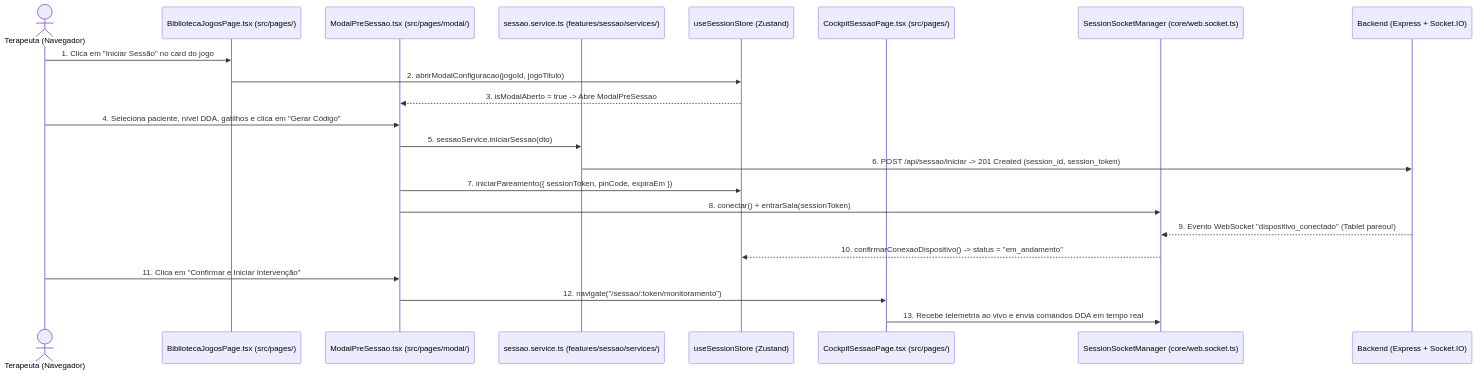
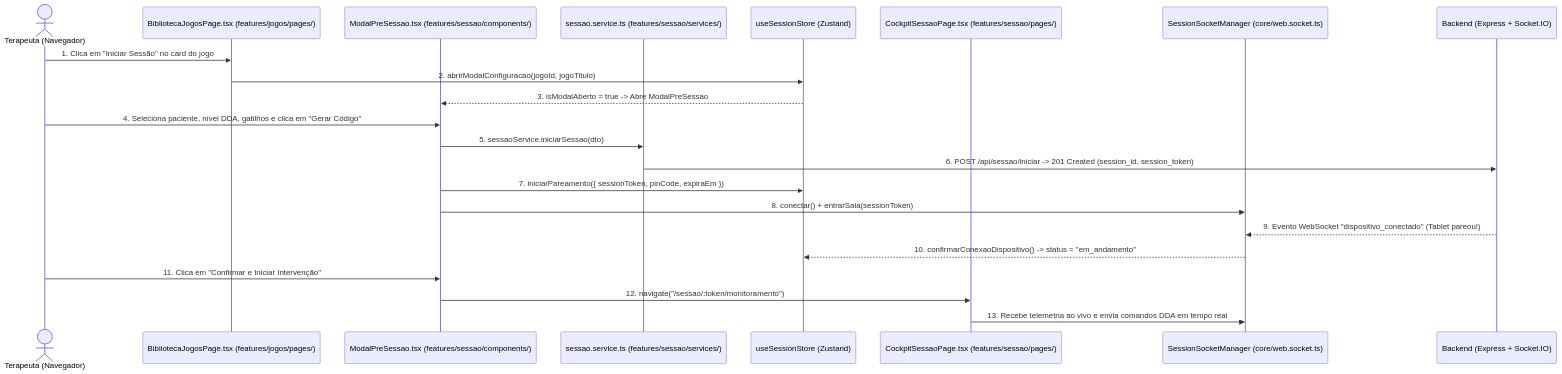
Before and after one commit to MarcosWillianAP1K/InTEA: the fourth of 4 diagrams in docs/architecture.md, drawn with Mermaid. The commit also changed other lines of this file and 36 other files, not shown here.

````diff
--- a/docs/architecture.md
+++ b/docs/architecture.md
@@ -377,25 +387,25 @@
 ```mermaid
 sequenceDiagram
     actor T as Terapeuta (Navegador)
-    participant Page as BibliotecaJogosPage.tsx (src/pages/)
-    participant Modal as ModalPreSessao.tsx (src/pages/modal/)
+    participant Page as BibliotecaJogosPage.tsx (features/jogos/pages/)
+    participant Modal as ModalPreSessao.tsx (features/sessao/components/)
     participant Svc as sessao.service.ts (features/sessao/services/)
     participant Store as useSessionStore (Zustand)
-    participant Cockpit as CockpitSessaoPage.tsx (src/pages/)
+    participant Cockpit as CockpitSessaoPage.tsx (features/sessao/pages/)
     participant WS as SessionSocketManager (core/web.socket.ts)
     participant BE as Backend (Express + Socket.IO)
 
     T->>Page: 1. Clica em "Iniciar Sessão" no card do jogo
     Page->>Store: 2. abrirModalConfiguracao(jogoId, jogoTitulo)
     Store-->>Modal: 3. isModalAberto = true -> Abre ModalPreSessao
     T->>Modal: 4. Seleciona paciente, nível DDA, gatilhos e clica em "Gerar Código"
     Modal->>Svc: 5. sessaoService.iniciarSessao(dto)
     Svc->>BE: 6. POST /api/sessao/iniciar -> 201 Created (session_id, session_token)
     Modal->>Store: 7. iniciarPareamento({ sessionToken, pinCode, expiraEm })
     Modal->>WS: 8. conectar() + entrarSala(sessionToken)
     BE-->>WS: 9. Evento WebSocket "dispositivo_conectado" (Tablet pareou!)
     WS-->>Store: 10. confirmarConexaoDispositivo() -> status = "em_andamento"
     T->>Modal: 11. Clica em "Confirmar e Iniciar Intervenção"
     Modal->>Cockpit: 12. navigate("/sessao/:token/monitoramento")
     Cockpit->>WS: 13. Recebe telemetria ao vivo e envia comandos DDA em tempo real
 ```
````
